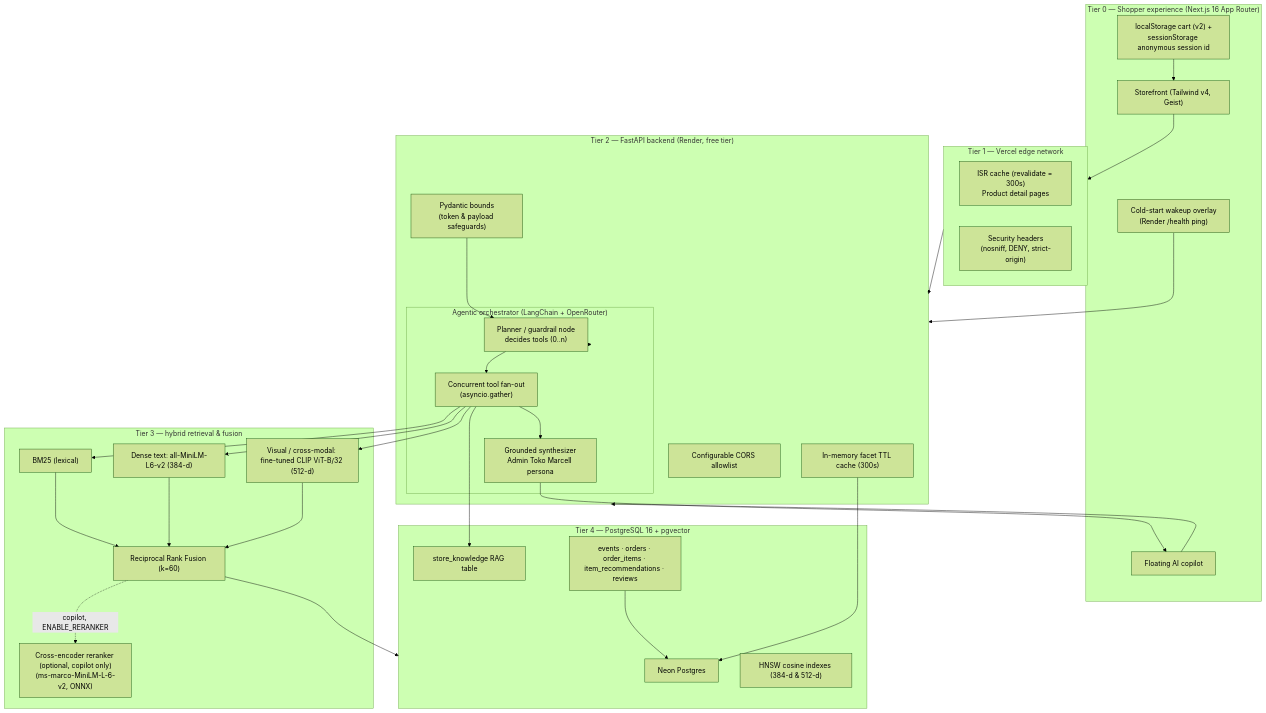
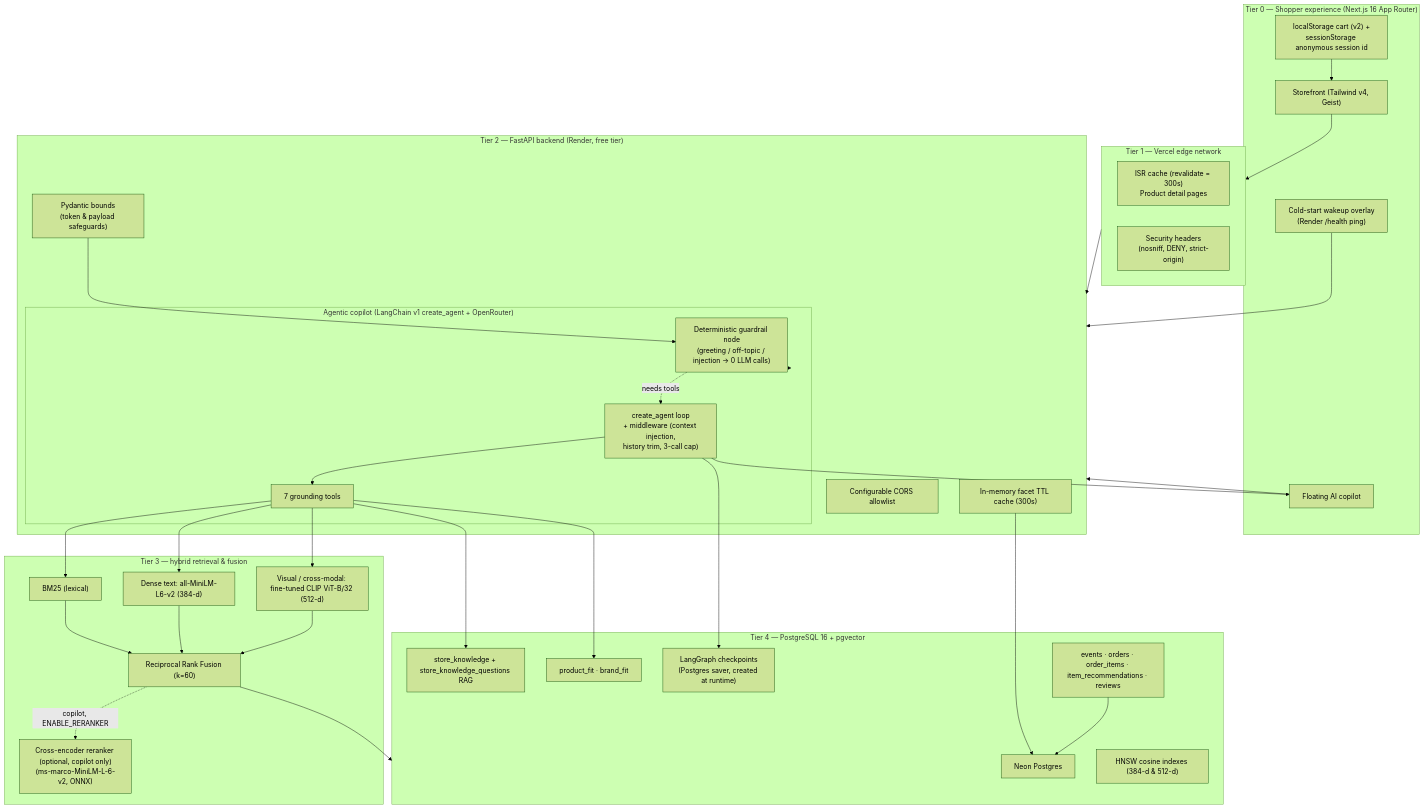
Before and after one commit to marknshoot/toko-marcell: the first of 4 diagrams in README.md, drawn with Mermaid (forest theme). The commit also changed other lines of this file and 4 other files, not shown here.

First line of the commit message:
docs: refresh READMEs for Phase 4/5 (copilot v2, fit signals, RAG, A/B)

````diff
--- a/README.md
+++ b/README.md
@@ -154,54 +171,59 @@
 ```mermaid
 flowchart TD
     subgraph Client["Tier 0 — Shopper experience (Next.js 16 App Router)"]
         UI["Storefront (Tailwind v4, Geist)"]
         Chat["Floating AI copilot"]
         Wakeup["Cold-start wakeup overlay<br/>(Render /health ping)"]
         ClientState["localStorage cart (v2) +<br/>sessionStorage anonymous session id"]
     end
 
     subgraph Edge["Tier 1 — Vercel edge network"]
         ISR["ISR cache (revalidate = 300s)<br/>Product detail pages"]
         Headers["Security headers<br/>(nosniff, DENY, strict-origin)"]
     end
 
     subgraph API["Tier 2 — FastAPI backend (Render, free tier)"]
         CORS["Configurable CORS allowlist"]
         Cache["In-memory facet TTL cache (300s)"]
         Val["Pydantic bounds<br/>(token & payload safeguards)"]
-        subgraph Orchestration["Agentic orchestrator (LangChain + OpenRouter)"]
-            Planner["Planner / guardrail node<br/>decides tools (0..n)"]
-            Fanout["Concurrent tool fan-out<br/>(asyncio.gather)"]
-            Synth["Grounded synthesizer<br/>Admin Toko Marcell persona"]
+        subgraph Orchestration["Agentic copilot (LangChain v1 create_agent + OpenRouter)"]
+            Guard["Deterministic guardrail node<br/>(greeting / off-topic / injection → 0 LLM calls)"]
+            Agent["create_agent loop<br/>+ middleware (context injection,<br/>history trim, 3-call cap)"]
+            Tools7["7 grounding tools"]
         end
     end
 
     subgraph Retrieval["Tier 3 — hybrid retrieval & fusion"]
         BM25["BM25 (lexical)"]
         MiniLM["Dense text: all-MiniLM-L6-v2 (384-d)"]
         CLIP["Visual / cross-modal: fine-tuned CLIP ViT-B/32 (512-d)"]
         RRF["Reciprocal Rank Fusion (k=60)"]
         CE["Cross-encoder reranker (optional, copilot only)<br/>(ms-marco-MiniLM-L-6-v2, ONNX)"]
     end
 
     subgraph Storage["Tier 4 — PostgreSQL 16 + pgvector"]
         PG["Neon Postgres"]
         HNSW["HNSW cosine indexes (384-d & 512-d)"]
-        RAG["store_knowledge RAG table"]
+        RAG["store_knowledge + store_knowledge_questions RAG"]
+        Fit["product_fit · brand_fit"]
+        Ckpt["LangGraph checkpoints<br/>(Postgres saver, created at runtime)"]
         Ops["events · orders · order_items · item_recommendations · reviews"]
     end
 
     UI --> Edge --> API
     Chat --> API
     Wakeup --> API
     ClientState --> UI
-    API --> Planner --> Fanout
-    Fanout --> BM25 & MiniLM & CLIP
+    API --> Guard
+    Guard -. "needs tools" .-> Agent --> Tools7
+    Tools7 --> BM25 & MiniLM & CLIP
     BM25 & MiniLM & CLIP --> RRF --> Storage
     RRF -. "copilot, ENABLE_RERANKER" .-> CE
-    Fanout --> RAG
-    Fanout --> Synth --> Chat
+    Tools7 --> RAG
+    Tools7 --> Fit
+    Agent --> Ckpt
+    Agent --> Chat
     Cache --> PG
-    Val --> Planner
+    Val --> Guard
     Ops --> PG
 ```
````
